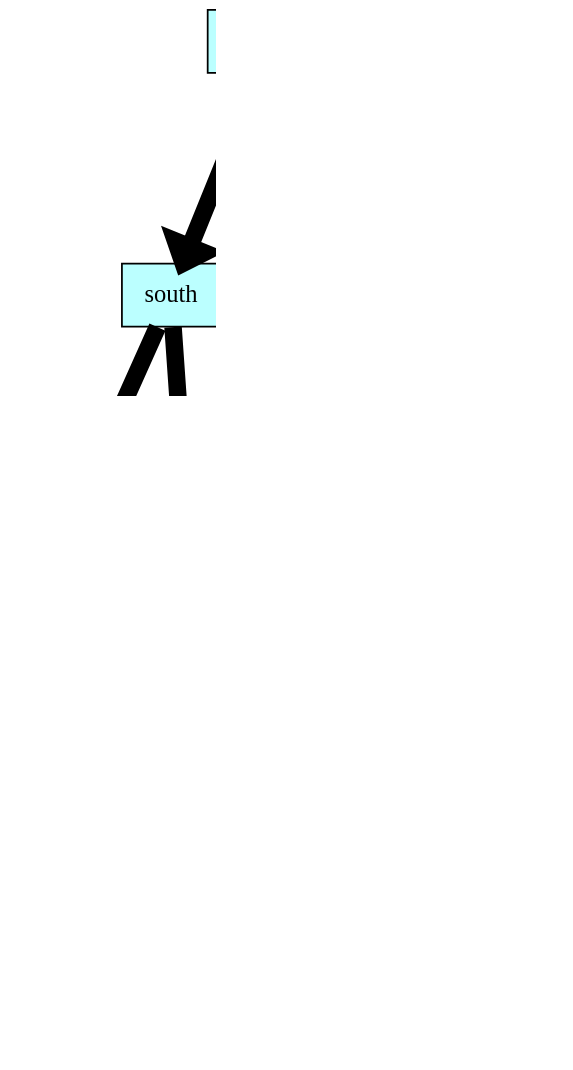
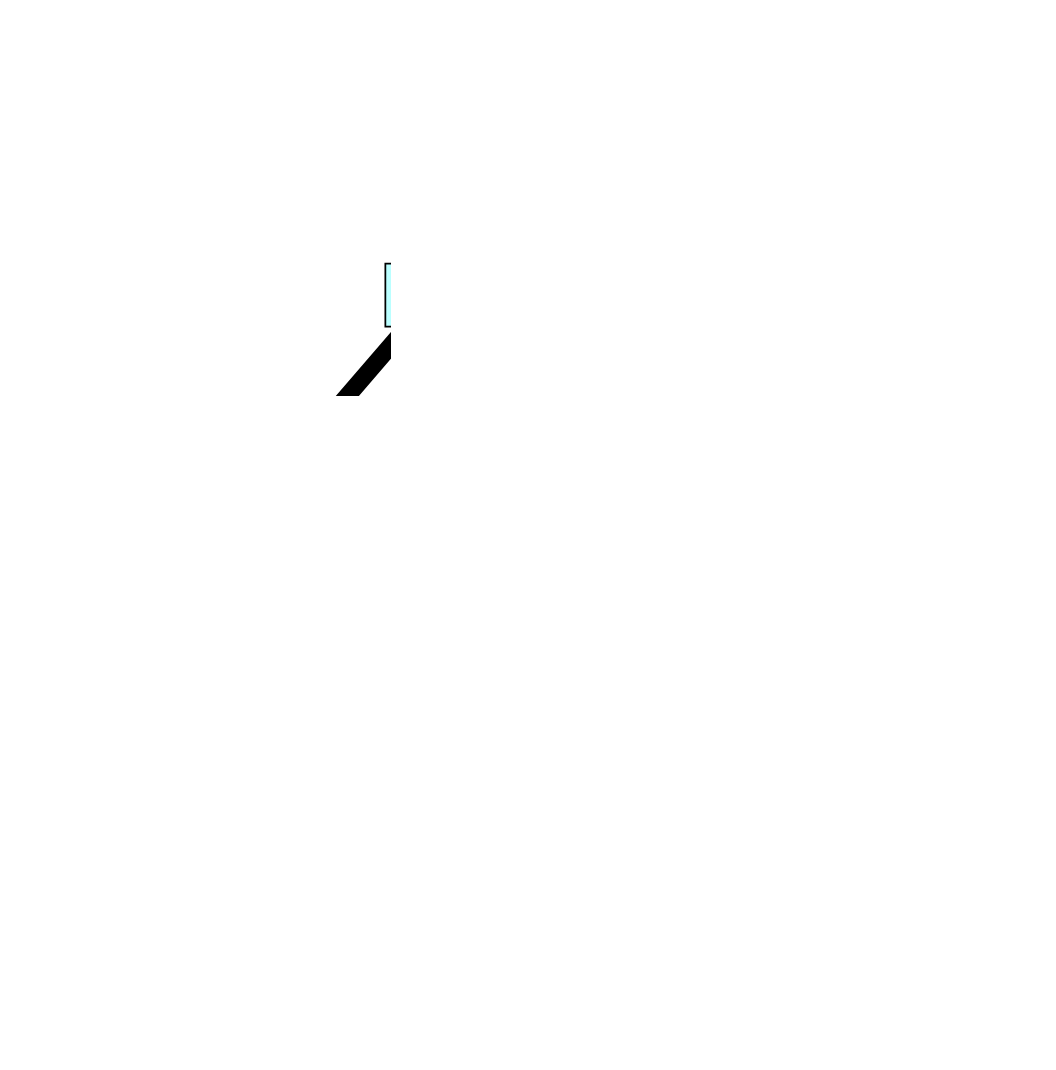
The diagram in dump/list_graph.dot (Troll0ton/Akinator3000), drawn with Graphviz before and after one commit. The commit also changed 143 other files, not shown here.

```diff
--- a/dump/list_graph.dot
+++ b/dump/list_graph.dot
@@ -1,44 +1,56 @@
 digraph structs {    
 rankdir = TB;        
 graph [dpi = 200];   
 ranksep = 1.5;       
 edge[penwidth = 10]; 
 cell0 [style = filled, color = black, fillcolor = paleturquoise1,
-shape=record,label = " { <ptr> Country} " ];                         
+shape=record,label = " { <ptr> animal} " ];                         
 cell1 [style = filled, color = black, fillcolor = paleturquoise1,
-shape=record,label = " { <ptr> south} " ];                         
+shape=record,label = " { <ptr> bird} " ];                         
 cell2 [style = filled, color = black, fillcolor = paleturquoise1,
-shape=record,label = " { <ptr> africa} " ];                         
+shape=record,label = " { <ptr> fig} " ];                         
 cell3 [style = filled, color = black, fillcolor = paleturquoise1,
-shape=record,label = " { <ptr> ihih} " ];                         
+shape=record,label = " { <ptr> sinitsa} " ];                         
 cell4 [style = filled, color = black, fillcolor = paleturquoise1,
-shape=record,label = " { <ptr> huh} " ];                         
+shape=record,label = " { <ptr> Vorobey} " ];                         
 cell5 [style = filled, color = black, fillcolor = paleturquoise1,
-shape=record,label = " { <ptr> Europe} " ];                         
+shape=record,label = " { <ptr> amogus} " ];                         
 cell6 [style = filled, color = black, fillcolor = paleturquoise1,
-shape=record,label = " { <ptr> there_are_people} " ];                         
+shape=record,label = " { <ptr> cool} " ];                         
 cell7 [style = filled, color = black, fillcolor = paleturquoise1,
-shape=record,label = " { <ptr> Animal} " ];                         
+shape=record,label = " { <ptr> check} " ];                         
 cell8 [style = filled, color = black, fillcolor = paleturquoise1,
-shape=record,label = " { <ptr> SDS} " ];                         
+shape=record,label = " { <ptr> mood} " ];                         
 cell9 [style = filled, color = black, fillcolor = paleturquoise1,
-shape=record,label = " { <ptr> kjkj} " ];                         
+shape=record,label = " { <ptr> Medved} " ];                         
 cell10 [style = filled, color = black, fillcolor = paleturquoise1,
-shape=record,label = " { <ptr> hj} " ];                         
+shape=record,label = " { <ptr> car} " ];                         
 cell11 [style = filled, color = black, fillcolor = paleturquoise1,
-shape=record,label = " { <ptr> GEGR} " ];                         
+shape=record,label = " { <ptr> made} " ];                         
 cell12 [style = filled, color = black, fillcolor = paleturquoise1,
-shape=record,label = " { <ptr> Town} " ];                         
+shape=record,label = " { <ptr> lada} " ];                         
+cell13 [style = filled, color = black, fillcolor = paleturquoise1,
+shape=record,label = " { <ptr> uaz} " ];                         
+cell14 [style = filled, color = black, fillcolor = paleturquoise1,
+shape=record,label = " { <ptr> das} " ];                         
+cell15 [style = filled, color = black, fillcolor = paleturquoise1,
+shape=record,label = " { <ptr> iod} " ];                         
+cell16 [style = filled, color = black, fillcolor = paleturquoise1,
+shape=record,label = " { <ptr> plane} " ];                         
 cell0 -> cell1;
 cell1 -> cell2;
-cell1 -> cell3;
-cell3 -> cell4;
-cell3 -> cell5;
-cell0 -> cell6;
+cell2 -> cell3;
+cell2 -> cell4;
+cell1 -> cell5;
+cell5 -> cell6;
 cell6 -> cell7;
 cell6 -> cell8;
-cell8 -> cell9;
-cell9 -> cell10;
-cell9 -> cell11;
-cell8 -> cell12;
+cell5 -> cell9;
+cell0 -> cell10;
+cell10 -> cell11;
+cell11 -> cell12;
+cell11 -> cell13;
+cell10 -> cell14;
+cell14 -> cell15;
+cell14 -> cell16;
 }
```
